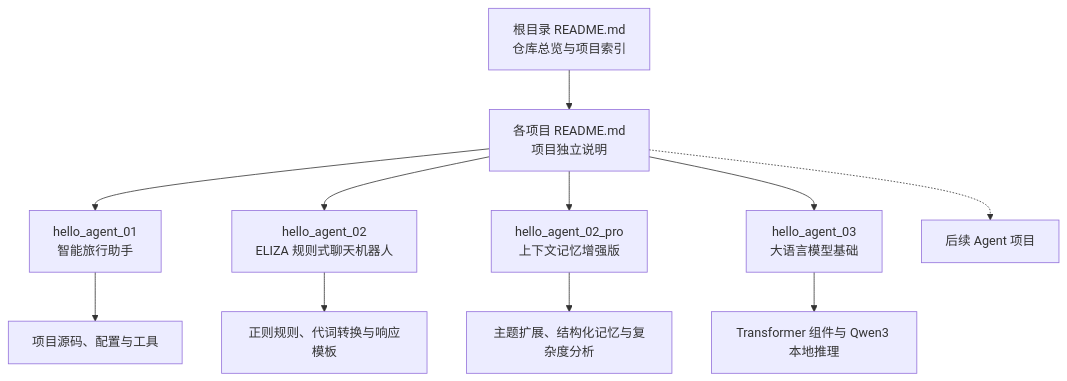
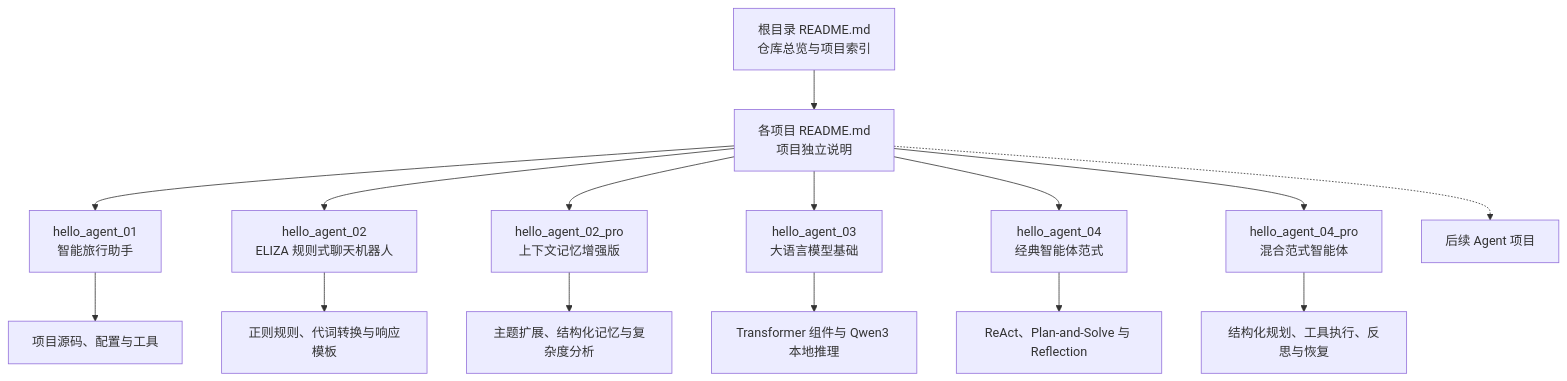
Before and after one commit to structkk/agent_code: the diagram in README.md, drawn with Mermaid. The commit also changed other lines of this file and 8 other files, not shown here.

````diff
--- a/README.md
+++ b/README.md
@@ -42,13 +43,17 @@
 ```mermaid
 flowchart TD
     R["根目录 README.md<br/>仓库总览与项目索引"] --> D["各项目 README.md<br/>项目独立说明"]
     D --> P1["hello_agent_01<br/>智能旅行助手"]
     P1 --> C["项目源码、配置与工具"]
     D --> P2["hello_agent_02<br/>ELIZA 规则式聊天机器人"]
     P2 --> R2["正则规则、代词转换与响应模板"]
     D --> P2P["hello_agent_02_pro<br/>上下文记忆增强版"]
     P2P --> R2P["主题扩展、结构化记忆与复杂度分析"]
     D --> P3["hello_agent_03<br/>大语言模型基础"]
     P3 --> R3["Transformer 组件与 Qwen3 本地推理"]
+    D --> P4["hello_agent_04<br/>经典智能体范式"]
+    P4 --> R4["ReAct、Plan-and-Solve 与 Reflection"]
+    D --> P4P["hello_agent_04_pro<br/>混合范式智能体"]
+    P4P --> R4P["结构化规划、工具执行、反思与恢复"]
     D -.-> PN["后续 Agent 项目"]
 ```
````
